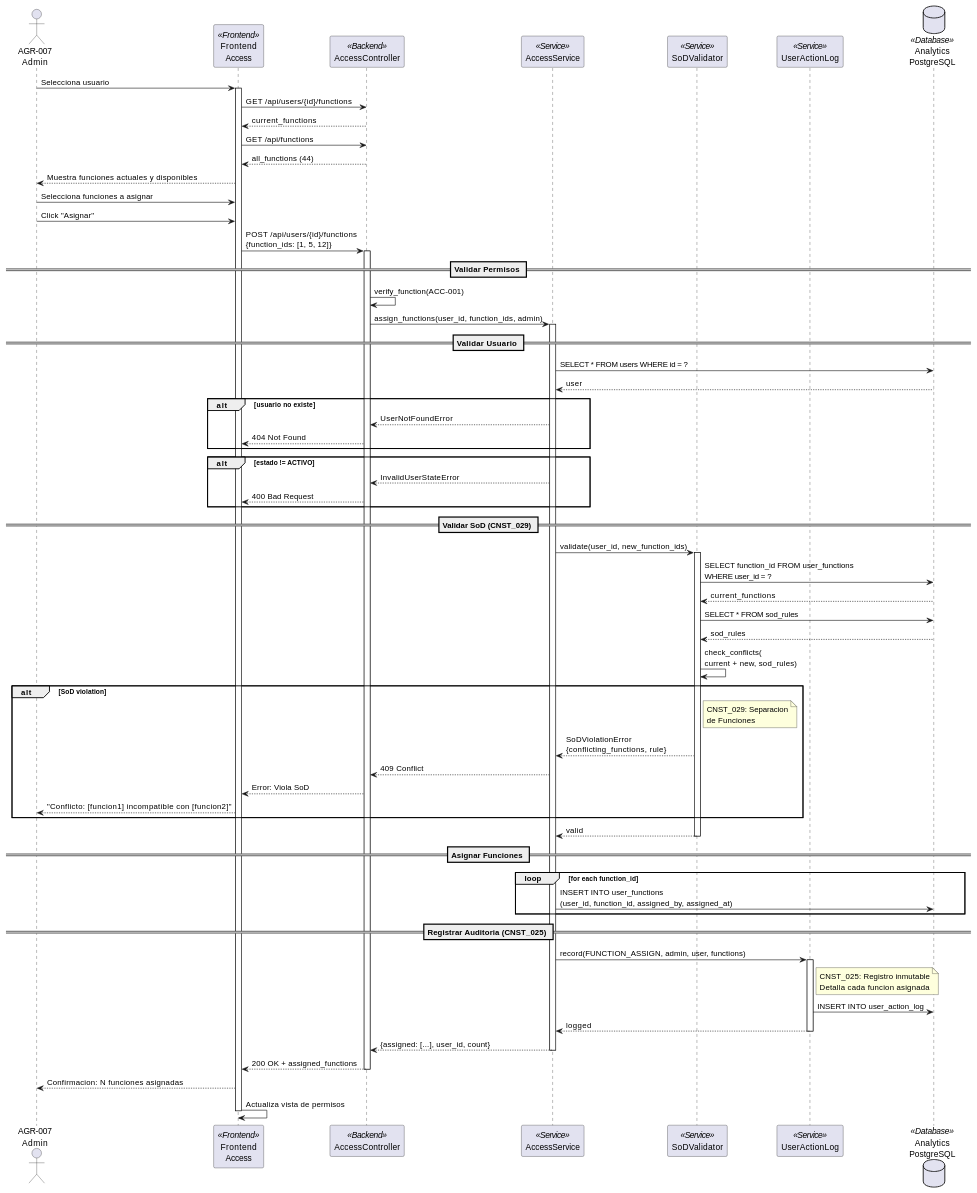
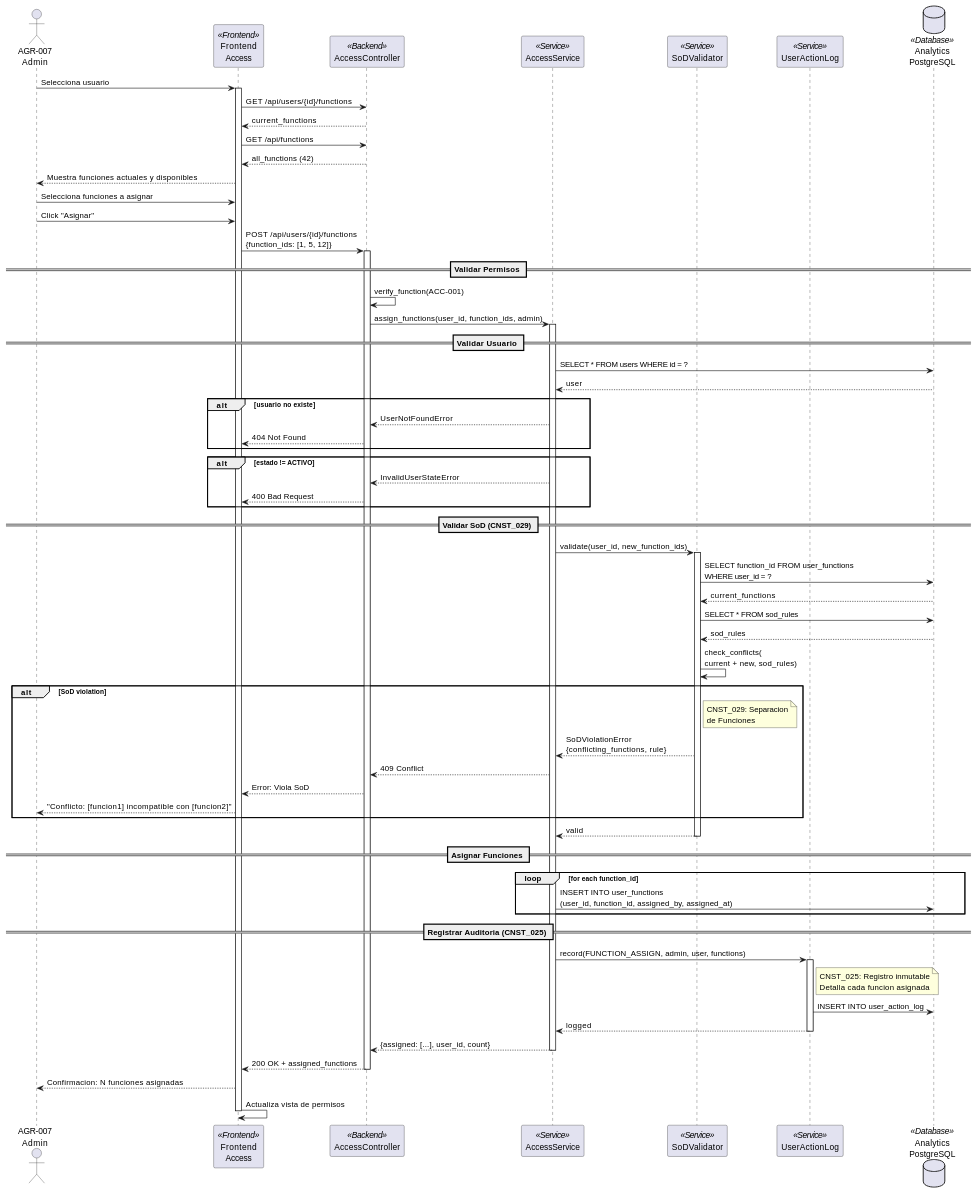
Before and after one commit to jcg-admin/IACT-docs: the second of 3 diagrams in source/requisitos/casos_uso/access/UC_ACC_01_Asignar_Funciones.rst, drawn with PlantUML. The commit also changed other lines of this file and 8 other files, not shown here.

```diff
--- a/source/requisitos/casos_uso/access/UC_ACC_01_Asignar_Funciones.rst
+++ b/source/requisitos/casos_uso/access/UC_ACC_01_Asignar_Funciones.rst
@@ -226,7 +226,7 @@
    AC --> FE: current_functions
 
    FE -> AC: GET /api/functions
-   AC --> FE: all_functions (44)
+   AC --> FE: all_functions (42)
 
    FE --> A: Muestra funciones actuales y disponibles
 
```
